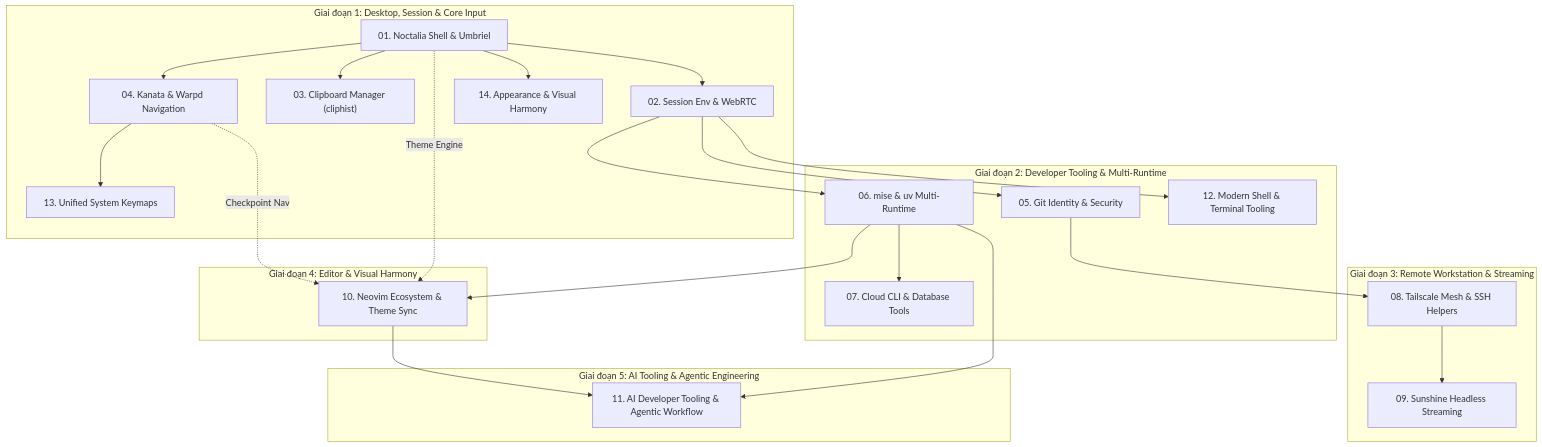
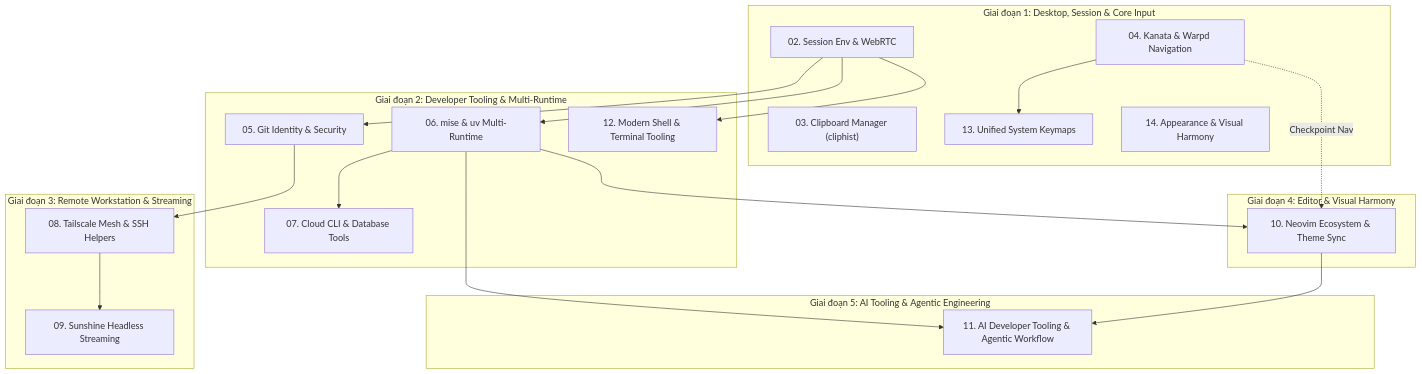
The diagram in plans/README.md (Aethries/dotfiles), drawn with Mermaid before and after one commit. The commit also changed other lines of this file and 11 other files, not shown here.

````diff
--- a/plans/README.md
+++ b/plans/README.md
@@ -9,33 +9,32 @@
 ```mermaid
 flowchart TD
     subgraph G1["Giai đoạn 1: Desktop, Session & Core Input"]
-        P01["01. Noctalia Shell & Umbriel"] --> P02["02. Session Env & WebRTC"]
-        P01 --> P03["03. Clipboard Manager (cliphist)"]
-        P01 --> P04["04. Kanata & Warpd Navigation"]
+        P02["02. Session Env & WebRTC"]
+        P03["03. Clipboard Manager (cliphist)"]
+        P04["04. Kanata & Warpd Navigation"]
         P04 --> P13["13. Unified System Keymaps"]
-        P01 --> P14["14. Appearance & Visual Harmony"]
+        P14["14. Appearance & Visual Harmony"]
     end
 
     subgraph G2["Giai đoạn 2: Developer Tooling & Multi-Runtime"]
         P02 --> P05["05. Git Identity & Security"]
         P02 --> P06["06. mise & uv Multi-Runtime"]
         P06 --> P07["07. Cloud CLI & Database Tools"]
         P02 --> P12["12. Modern Shell & Terminal Tooling"]
     end
 
     subgraph G3["Giai đoạn 3: Remote Workstation & Streaming"]
         P05 --> P08["08. Tailscale Mesh & SSH Helpers"]
         P08 --> P09["09. Sunshine Headless Streaming"]
     end
 
     subgraph G4["Giai đoạn 4: Editor & Visual Harmony"]
         P06 --> P10["10. Neovim Ecosystem & Theme Sync"]
-        P01 -. Theme Engine .-> P10
         P04 -. Checkpoint Nav .-> P10
     end
 
     subgraph G5["Giai đoạn 5: AI Tooling & Agentic Engineering"]
         P06 --> P11["11. AI Developer Tooling & Agentic Workflow"]
         P10 --> P11
     end
 ```
````
